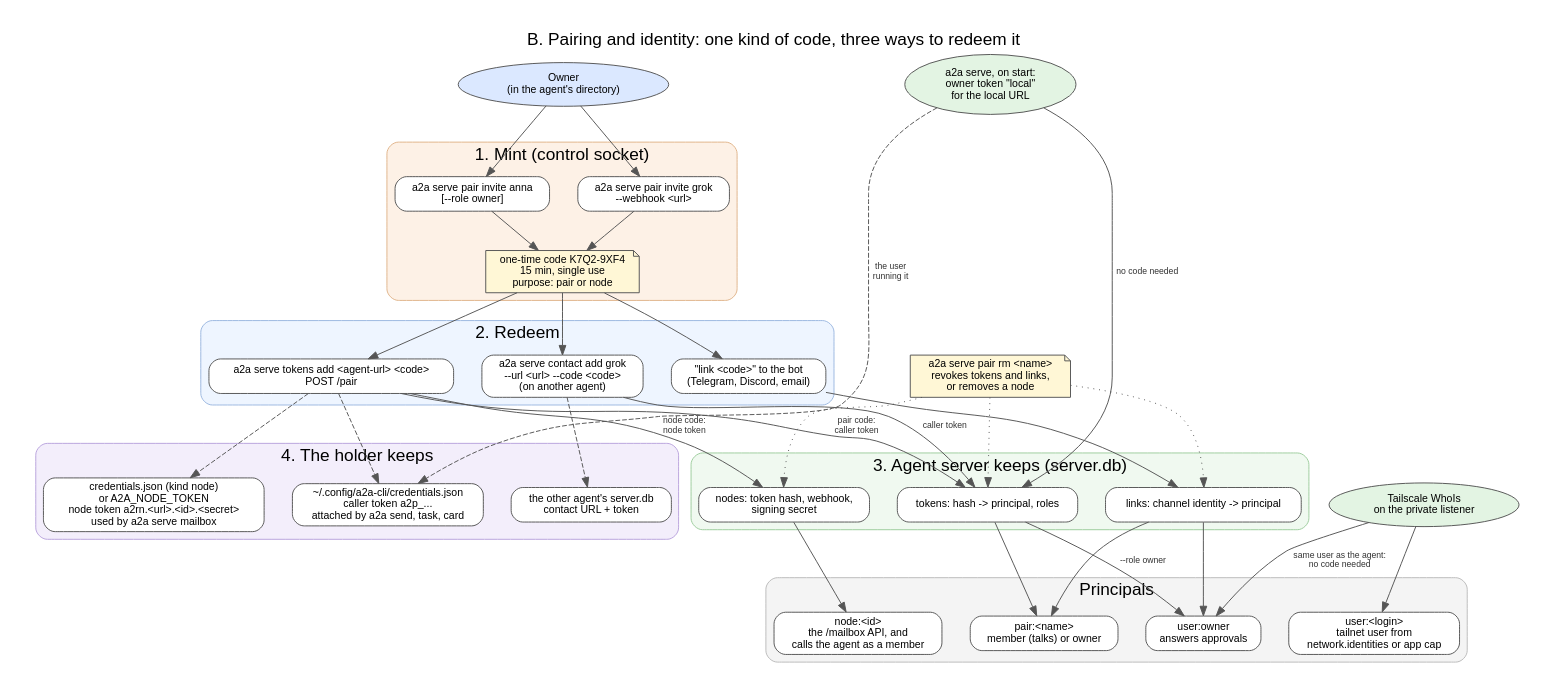
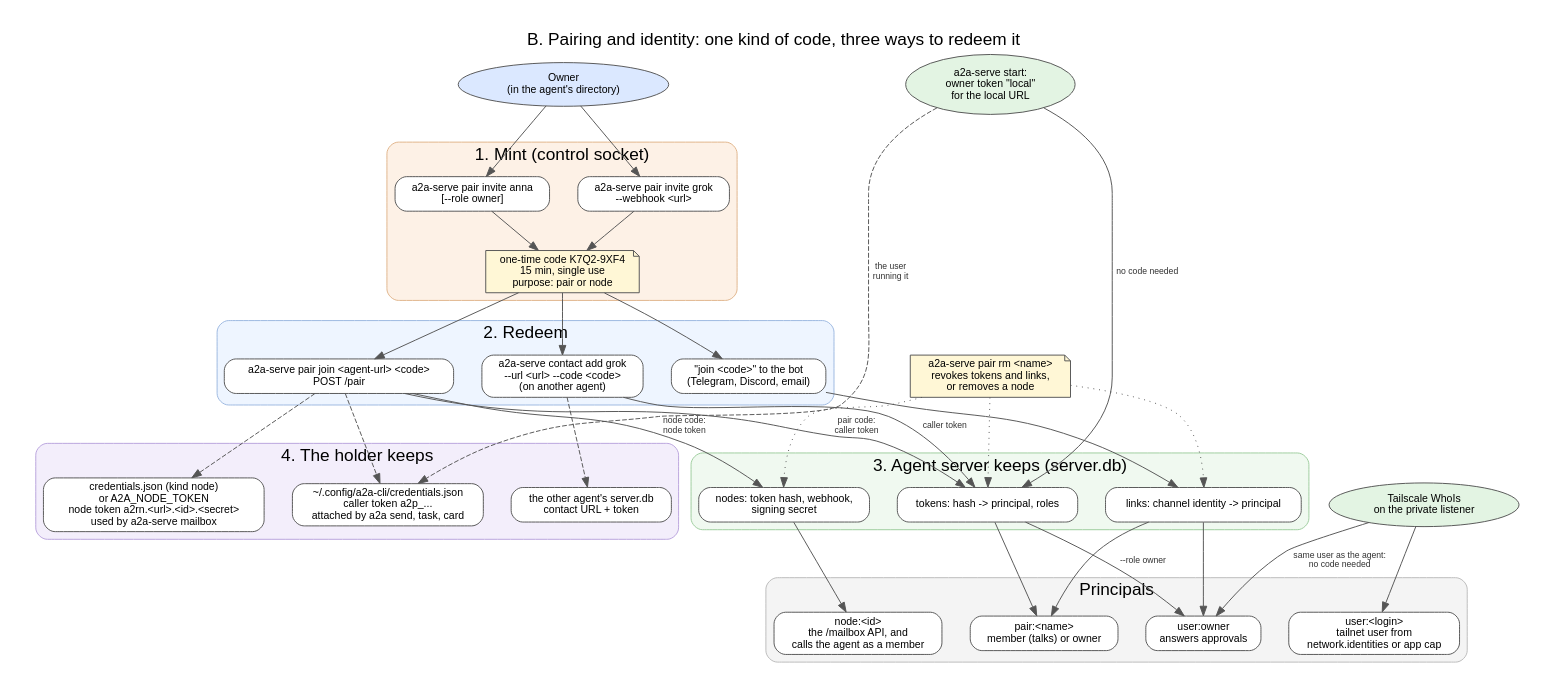
The diagram in docs/graphs/agent-server-pairing.dot (a2aproject/a2a-serve), drawn with Graphviz before and after one commit. The commit also changed 190 other files, not shown here.

```diff
--- a/docs/graphs/agent-server-pairing.dot
+++ b/docs/graphs/agent-server-pairing.dot
@@ -1,73 +1,73 @@
 // B. Pairing and identity: how callers, messenger accounts, other agents and
 // webhook nodes get a principal, and where each credential is kept.
 // Render: dot -Tpng -Gdpi=110 agent-server-pairing.dot -o agent-server-pairing.png
 digraph agent_server_pairing {
   rankdir=TB;
   graph [fontname="Helvetica", nodesep=0.4, ranksep=0.55, pad=0.3,
          label="B. Pairing and identity: one kind of code, three ways to redeem it", labelloc=t, fontsize=18];
   node  [fontname="Helvetica", fontsize=11, shape=box, style="rounded,filled", fillcolor="#ffffff", color="#555555"];
   edge  [fontname="Helvetica", fontsize=9, color="#555555", fontcolor="#333333"];
 
   Owner [label="Owner\n(in the agent's directory)", shape=ellipse, fillcolor="#dbe8ff"];
 
   subgraph cluster_mint {
     label="1. Mint (control socket)"; style="rounded,filled"; fillcolor="#fdf1e6"; color="#e0b48a";
-    PairCaller [label="a2a serve pair invite anna\n[--role owner]"];
-    PairNode   [label="a2a serve pair invite grok\n--webhook <url>"];
+    PairCaller [label="a2a-serve pair invite anna\n[--role owner]"];
+    PairNode   [label="a2a-serve pair invite grok\n--webhook <url>"];
     Code       [label="one-time code K7Q2-9XF4\n15 min, single use\npurpose: pair or node", shape=note, fillcolor="#fff7d6"];
   }
 
   subgraph cluster_redeem {
     label="2. Redeem"; style="rounded,filled"; fillcolor="#eef5ff"; color="#9bb7e0";
-    PairAdd  [label="a2a serve tokens add <agent-url> <code>\nPOST /pair"];
-    Link     [label="\"link <code>\" to the bot\n(Telegram, Discord, email)"];
-    Contact  [label="a2a serve contact add grok\n--url <url> --code <code>\n(on another agent)"];
+    PairAdd  [label="a2a-serve pair join <agent-url> <code>\nPOST /pair"];
+    Link     [label="\"join <code>\" to the bot\n(Telegram, Discord, email)"];
+    Contact  [label="a2a-serve contact add grok\n--url <url> --code <code>\n(on another agent)"];
   }
 
   subgraph cluster_server {
     label="3. Agent server keeps (server.db)"; style="rounded,filled"; fillcolor="#f0f9f0"; color="#9ccc9c";
     Tokens [label="tokens: hash -> principal, roles"];
     Links  [label="links: channel identity -> principal"];
     NodeT  [label="nodes: token hash, webhook,\nsigning secret"];
   }
 
   subgraph cluster_holders {
     label="4. The holder keeps"; style="rounded,filled"; fillcolor="#f3eefb"; color="#b9a4dd";
     Creds   [label="~/.config/a2a-cli/credentials.json\ncaller token a2p_...\nattached by a2a send, task, card"];
-    NodeCreds [label="credentials.json (kind node)\nor A2A_NODE_TOKEN\nnode token a2rn.<url>.<id>.<secret>\nused by a2a serve mailbox"];
+    NodeCreds [label="credentials.json (kind node)\nor A2A_NODE_TOKEN\nnode token a2rn.<url>.<id>.<secret>\nused by a2a-serve mailbox"];
     ContactDB [label="the other agent's server.db\ncontact URL + token"];
   }
 
   subgraph cluster_principals {
     label="Principals"; style="rounded,filled"; fillcolor="#f4f4f4"; color="#bbbbbb";
     POwner  [label="user:owner\nanswers approvals"];
     PPair   [label="pair:<name>\nmember (talks) or owner"];
     PUser   [label="user:<login>\ntailnet user from\nnetwork.identities or app cap"];
     PNode   [label="node:<id>\nthe /mailbox API, and\ncalls the agent as a member"];
   }
 
   Tailnet [label="Tailscale WhoIs\non the private listener", shape=ellipse, fillcolor="#e3f4e3"];
-  Start   [label="a2a serve, on start:\nowner token \"local\"\nfor the local URL", shape=ellipse, fillcolor="#e3f4e3"];
+  Start   [label="a2a-serve start:\nowner token \"local\"\nfor the local URL", shape=ellipse, fillcolor="#e3f4e3"];
 
   Owner -> PairCaller; Owner -> PairNode;
   PairCaller -> Code; PairNode -> Code;
   Code -> PairAdd; Code -> Link; Code -> Contact;
   PairAdd -> Tokens [label="pair code:\ncaller token"];
   PairAdd -> NodeT  [label="node code:\nnode token"];
   Link -> Links;
   Contact -> Tokens [label="caller token"];
   PairAdd -> Creds [style=dashed];
   PairAdd -> NodeCreds [style=dashed];
   Contact -> ContactDB [style=dashed];
   Tokens -> PPair; Tokens -> POwner [label="--role owner"];
   Links -> PPair; Links -> POwner;
   NodeT -> PNode;
   Tailnet -> POwner [label="same user as the agent:\nno code needed"];
   Tailnet -> PUser;
   {rank=same; Owner; Start}
   Start -> Tokens [label="no code needed"];
   Start -> Creds [style=dashed, label="the user\nrunning it"];
 
-  Revoke [label="a2a serve pair rm <name>\nrevokes tokens and links,\nor removes a node", shape=note, fillcolor="#fff7d6"];
+  Revoke [label="a2a-serve pair rm <name>\nrevokes tokens and links,\nor removes a node", shape=note, fillcolor="#fff7d6"];
   Revoke -> Tokens [style=dotted]; Revoke -> Links [style=dotted]; Revoke -> NodeT [style=dotted];
 }
```
